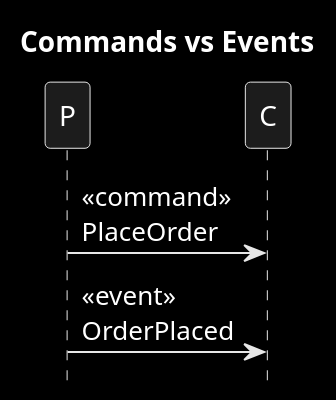
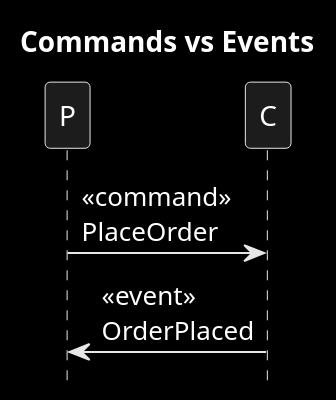
Before and after one commit to victorrentea/kafka: the diagram in patterns/0_commands_vs_events.puml, drawn with PlantUML. The commit also changed 43 other files, not shown here.

```diff
--- a/patterns/0_commands_vs_events.puml
+++ b/patterns/0_commands_vs_events.puml
@@ -1,8 +1,8 @@
 @startuml
 title Commands vs Events
 hide footbox
 skinparam monochrome reverse
 
 P->C: <<command>>\nPlaceOrder
-P->C: <<event>>\nOrderPlaced
+P<-C: <<event>>\nOrderPlaced
 @enduml
```
